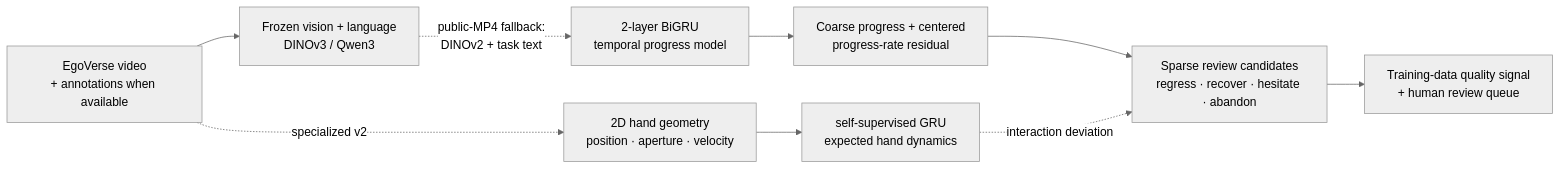
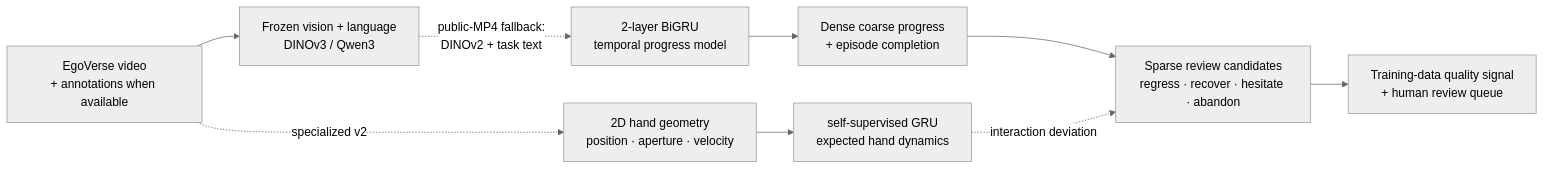
The diagram in README.md (surajrdy/EgoFlow), drawn with Mermaid (neutral theme) before and after one commit. The commit also changed other lines of this file and 1 other file, not shown here.

````diff
--- a/README.md
+++ b/README.md
@@ -17,11 +21,11 @@
 ```mermaid
 flowchart LR
     A["EgoVerse video<br/>+ annotations when available"] --> B["Frozen vision + language<br/>DINOv3 / Qwen3"]
     B -. "public-MP4 fallback:<br/>DINOv2 + task text" .-> C["2-layer BiGRU<br/>temporal progress model"]
-    C --> D["Coarse progress + centered<br/>progress-rate residual"]
+    C --> D["Dense coarse progress<br/>+ episode completion"]
     D --> E["Sparse review candidates<br/>regress · recover · hesitate · abandon"]
     A -. "specialized v2" .-> H["2D hand geometry<br/>position · aperture · velocity"]
     H --> I["self-supervised GRU<br/>expected hand dynamics"]
     I -. "interaction deviation" .-> E
     E --> F["Training-data quality signal<br/>+ human review queue"]
 ```
````
